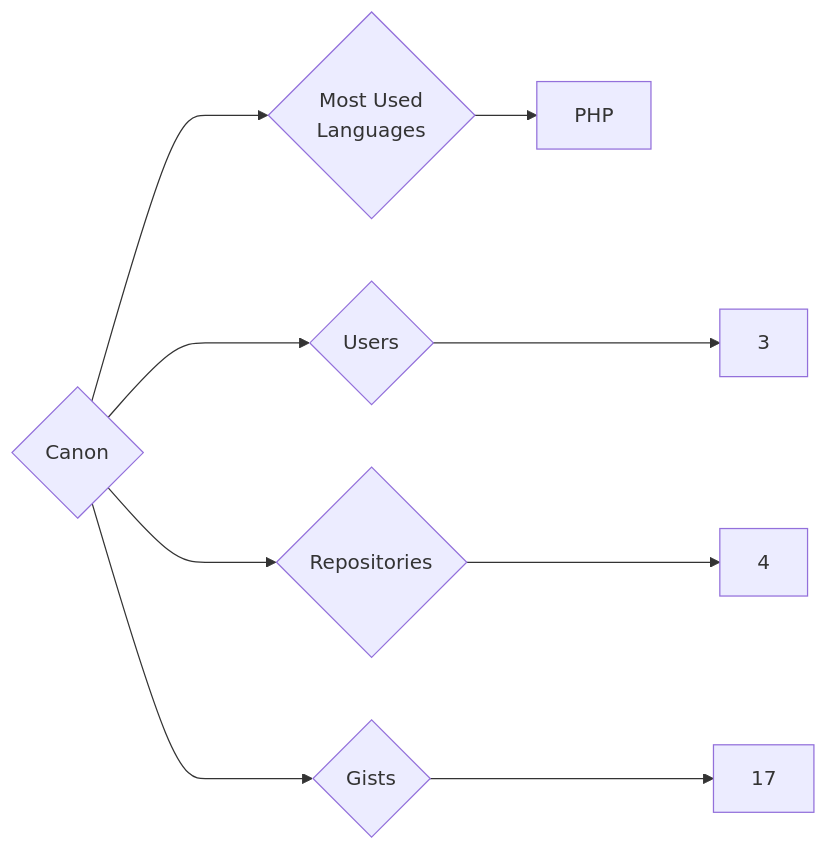
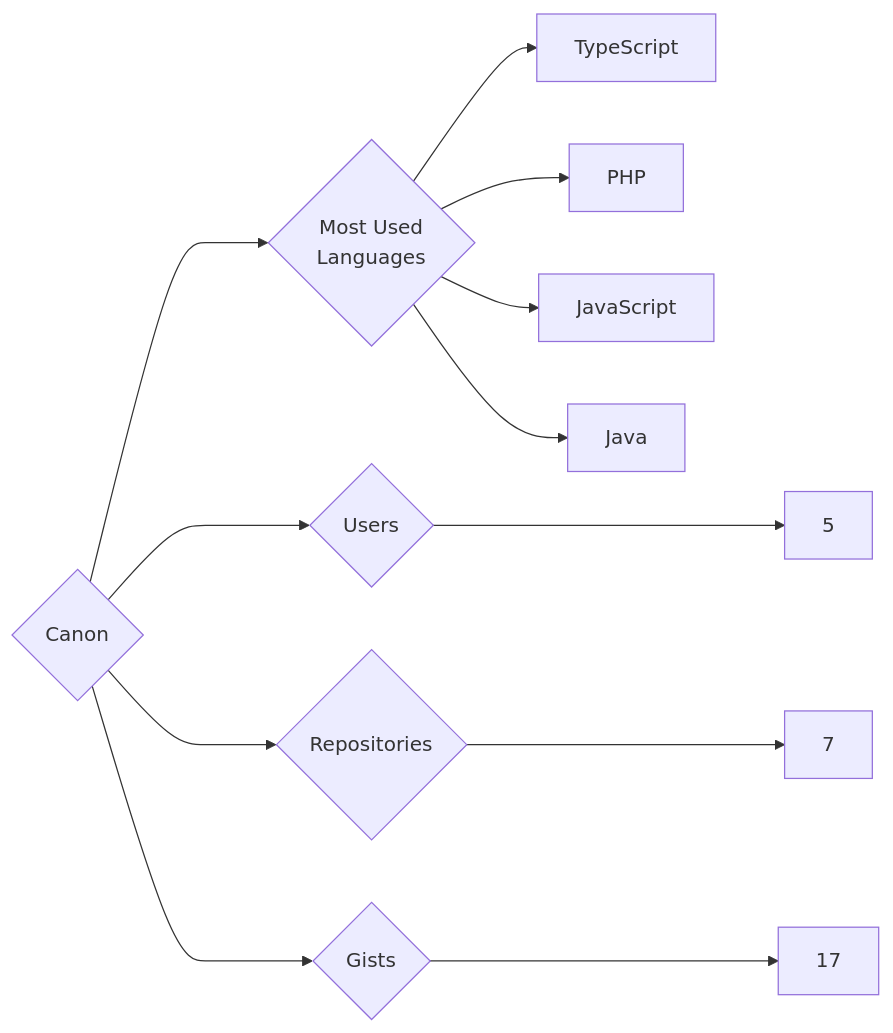
One commit to trickest/insiders changed the diagram in targets/Canon/README.md. Above: the diagram before and after it, drawn with Mermaid. The commit also changed 1212 other files, not shown here.

````diff
--- a/targets/Canon/README.md
+++ b/targets/Canon/README.md
@@ -3,9 +3,12 @@
 ```mermaid
 graph LR
 COMPANY_NAME{Canon}
-COMPANY_NAME ---> U{Users} ---> UN[3]
-COMPANY_NAME ---> R{Repositories} ---> RN[4]
+COMPANY_NAME ---> U{Users} ---> UN[5]
+COMPANY_NAME ---> R{Repositories} ---> RN[7]
 COMPANY_NAME ---> G{Gists} ---> GN[17]
 COMPANY_NAME ---> ML{Most Used<br>Languages}
+ML --> TypeScript[TypeScript]
 ML --> PHP[PHP]
+ML --> JavaScript[JavaScript]
+ML --> Java[Java]
 ```
````
